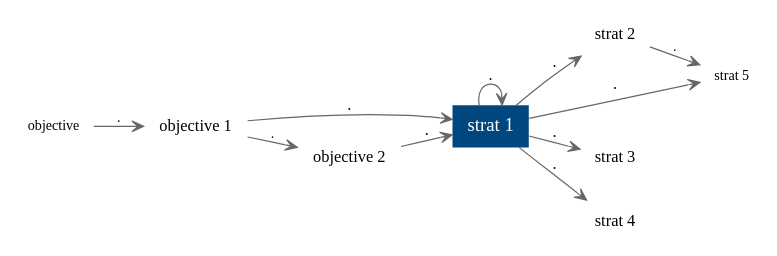
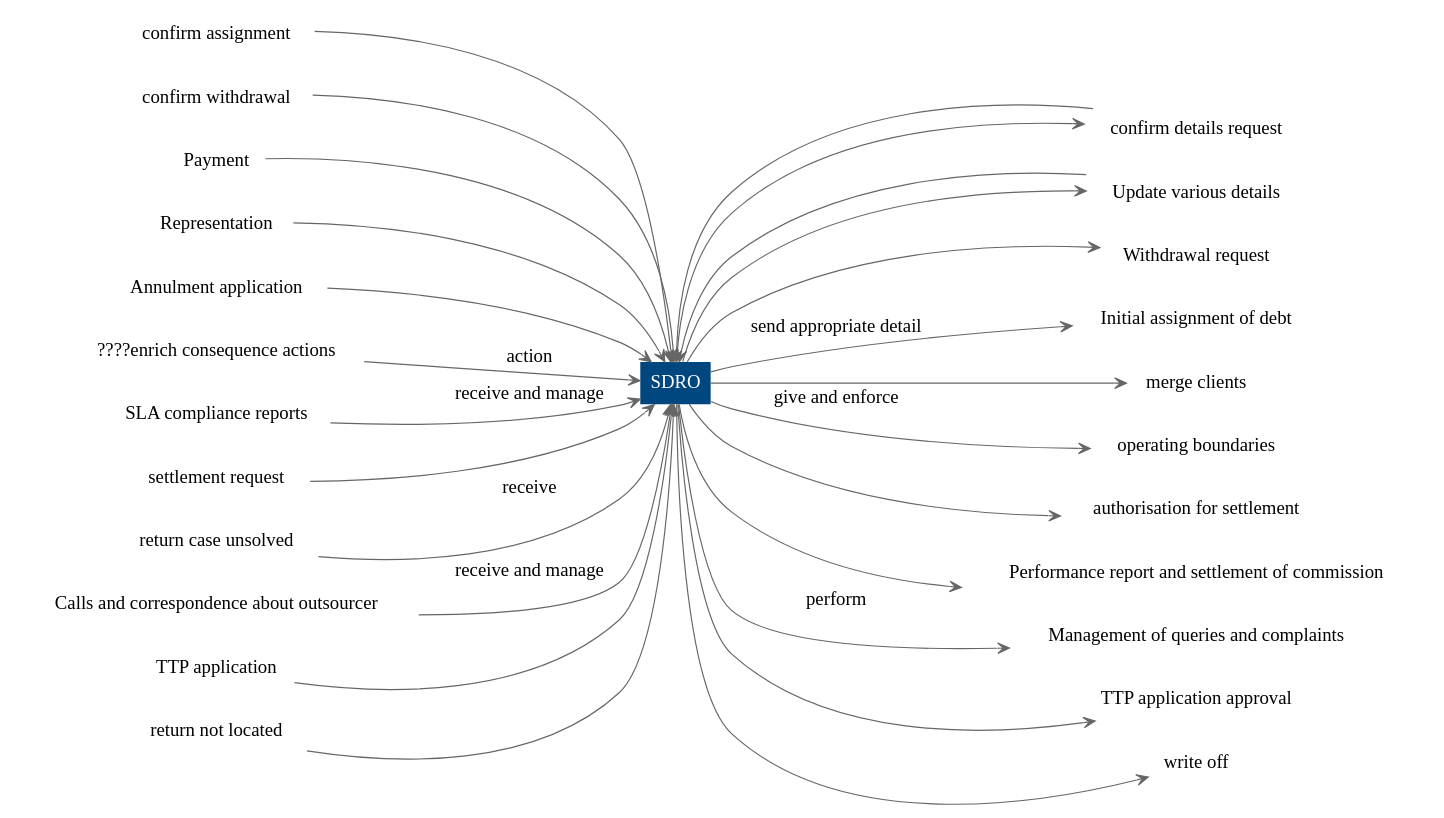
One commit to mickmioduszewski/digraph-rails changed the diagram in public/mick@mioduszewski.net.dot. Above: the diagram before and after it, drawn with Graphviz. The commit also changed 718 other files, not shown here.

```diff
--- a/public/mick@mioduszewski.net.dot
+++ b/public/mick@mioduszewski.net.dot
@@ -1,22 +1,53 @@
 digraph G { rankdir="LR"
 edge [color="#666666", arrowhead="open", fontname="Trebuchet MS"] 
 node [shape=plaintext, fontname="Trebuchet MS"]
-n3 [URL="/nodes/3",  label="strat 1", fontsize="16", style=filled fillcolor="#00477f", fontcolor="White"]
-n1 [URL="/nodes/1",  label="objective 1", fontsize="14"]
-n8 [URL="/nodes/8",  label="objective", fontsize="12"]
-n2 [URL="/nodes/2",  label="objective 2", fontsize="14"]
-n4 [URL="/nodes/4",  label="strat 2", fontsize="14"]
-n7 [URL="/nodes/7",  label="strat 5", fontsize="12"]
-n5 [URL="/nodes/5",  label="strat 3", fontsize="14"]
-n6 [URL="/nodes/6",  label="strat 4", fontsize="14"]
-n1 -> n3 [URL="/edges/2",  label=" .", fontsize="14"]
-n8 -> n1 [URL="/edges/9",  label=" .", fontsize="12"]
-n2 -> n3 [URL="/edges/3",  label=" .", fontsize="14"]
-n1 -> n2 [URL="/edges/1",  label=" .", fontsize="12"]
-n3 -> n3 [URL="/edges/4",  label=" .", fontsize="14"]
-n3 -> n4 [URL="/edges/5",  label=" .", fontsize="14"]
-n4 -> n7 [URL="/edges/11",  label=" .", fontsize="12"]
-n3 -> n5 [URL="/edges/6",  label=" .", fontsize="14"]
-n3 -> n6 [URL="/edges/7",  label=" .", fontsize="14"]
-n3 -> n7 [URL="/edges/8",  label=" .", fontsize="14"]
+n7 [URL="/nodes/7",  label="SDRO", fontsize="16", style=filled fillcolor="#00477f", fontcolor="White"]
+n12 [URL="/nodes/12",  label="confirm assignment", fontsize="16"]
+n13 [URL="/nodes/13",  label="confirm withdrawal", fontsize="16"]
+n15 [URL="/nodes/15",  label="Payment", fontsize="16"]
+n18 [URL="/nodes/18",  label="confirm details request", fontsize="16"]
+n19 [URL="/nodes/19",  label="Representation", fontsize="16"]
+n20 [URL="/nodes/20",  label="Annulment application", fontsize="16"]
+n26 [URL="/nodes/26",  label="????enrich consequence actions", fontsize="16"]
+n28 [URL="/nodes/28",  label="SLA compliance reports", fontsize="16"]
+n29 [URL="/nodes/29",  label="settlement request", fontsize="16"]
+n33 [URL="/nodes/33",  label="return case unsolved", fontsize="16"]
+n34 [URL="/nodes/34",  label="Calls and correspondence about outsourcer", fontsize="16"]
+n36 [URL="/nodes/36",  label="Update various details", fontsize="16"]
+n16 [URL="/nodes/16",  label="TTP application", fontsize="16"]
+n40 [URL="/nodes/40",  label="return not located", fontsize="16"]
+n9 [URL="/nodes/9",  label="Withdrawal request", fontsize="16"]
+n10 [URL="/nodes/10",  label="Initial assignment of debt", fontsize="16"]
+n14 [URL="/nodes/14",  label="merge clients", fontsize="16"]
+n27 [URL="/nodes/27",  label="operating boundaries", fontsize="16"]
+n30 [URL="/nodes/30",  label="authorisation for settlement", fontsize="16"]
+n31 [URL="/nodes/31",  label="Performance report and settlement of commission", fontsize="16"]
+n35 [URL="/nodes/35",  label="Management of queries and complaints", fontsize="16"]
+n17 [URL="/nodes/17",  label="TTP application approval", fontsize="16"]
+n41 [URL="/nodes/41",  label="write off", fontsize="16"]
+n12 -> n7 [URL="/edges/13"]
+n13 -> n7 [URL="/edges/14"]
+n15 -> n7 [URL="/edges/17"]
+n18 -> n7 [URL="/edges/23"]
+n19 -> n7 [URL="/edges/28"]
+n20 -> n7 [URL="/edges/29"]
+n26 -> n7 [URL="/edges/39",  label="action", fontsize="16"]
+n28 -> n7 [URL="/edges/43",  label="receive and manage", fontsize="16"]
+n29 -> n7 [URL="/edges/45"]
+n33 -> n7 [URL="/edges/53",  label="receive", fontsize="16"]
+n34 -> n7 [URL="/edges/55",  label="receive and manage", fontsize="16"]
+n36 -> n7 [URL="/edges/61"]
+n16 -> n7 [URL="/edges/63"]
+n40 -> n7 [URL="/edges/78"]
+n7 -> n9 [URL="/edges/6"]
+n7 -> n10 [URL="/edges/8",  label="send appropriate detail", fontsize="16"]
+n7 -> n14 [URL="/edges/15"]
+n7 -> n18 [URL="/edges/24"]
+n7 -> n27 [URL="/edges/40",  label="give and enforce", fontsize="16"]
+n7 -> n30 [URL="/edges/46"]
+n7 -> n31 [URL="/edges/49"]
+n7 -> n35 [URL="/edges/56",  label="perform", fontsize="16"]
+n7 -> n36 [URL="/edges/58"]
+n7 -> n17 [URL="/edges/64"]
+n7 -> n41 [URL="/edges/79"]
   }
```
